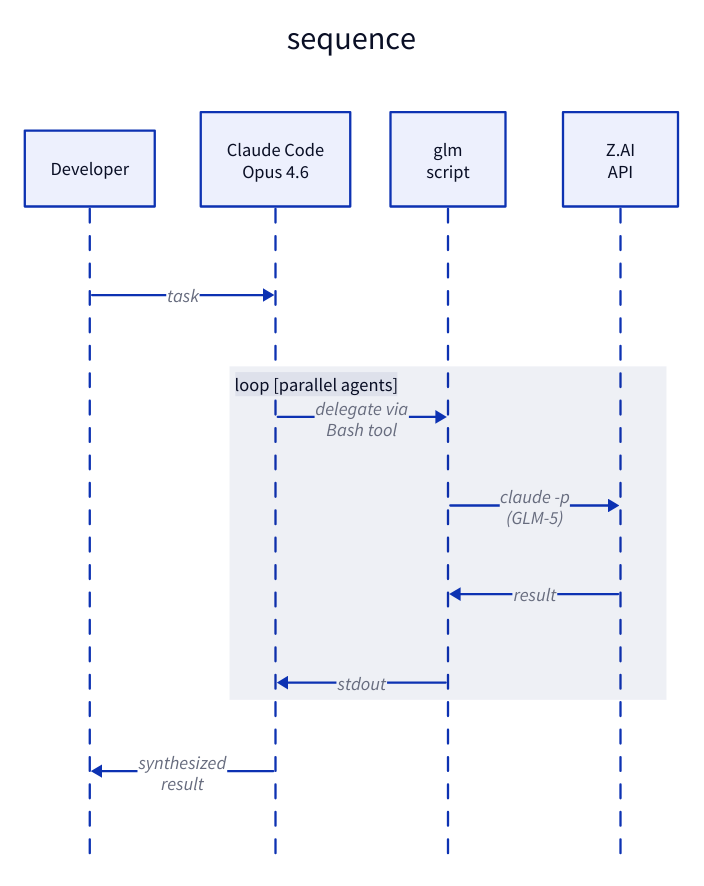
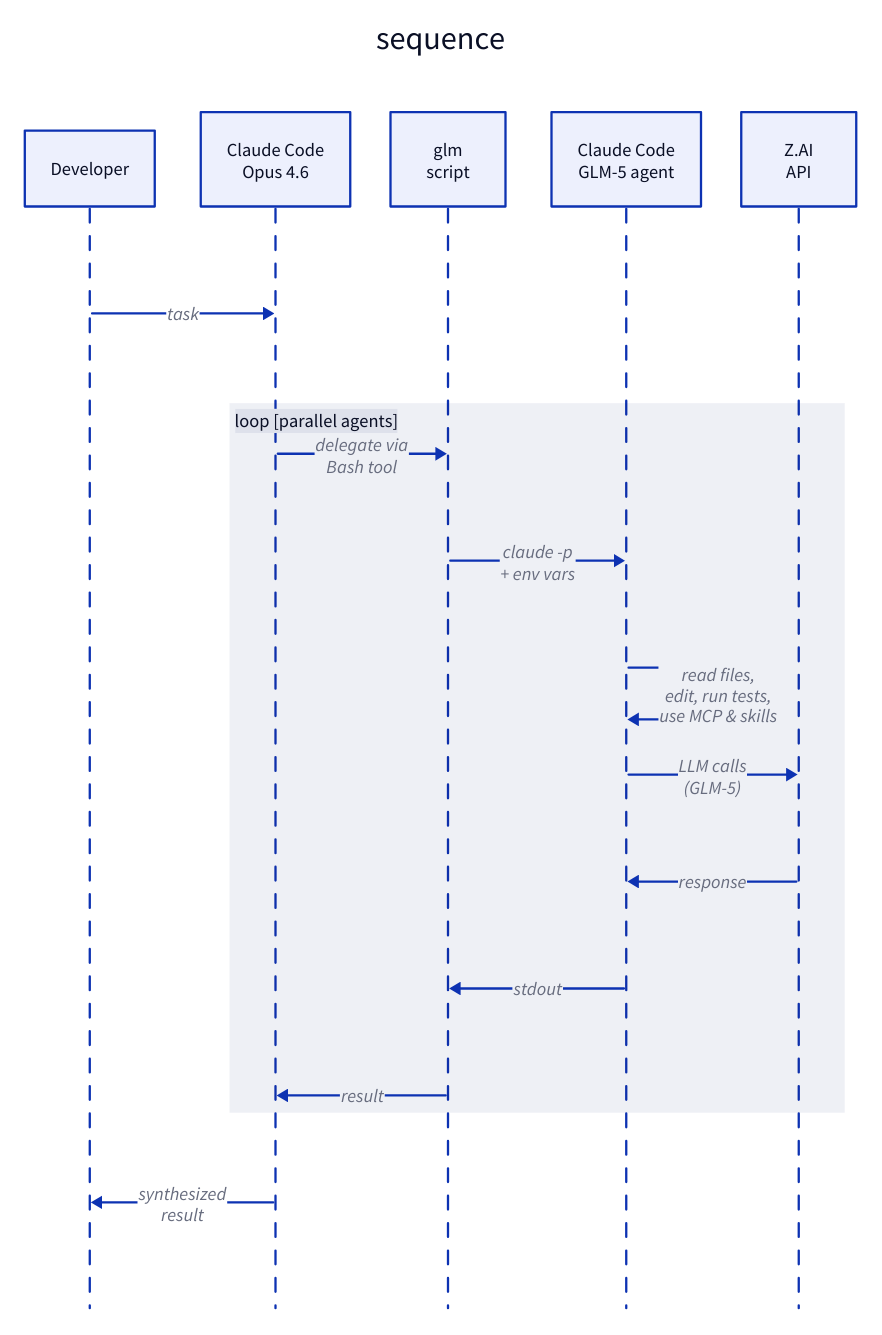
Before and after one commit to veschin/glm-claude-subagent: the diagram in docs/architecture.d2, drawn with D2. The commit also changed 1 other file, not shown here.

Commit message:
Show agent as full Claude Code instance in diagram
Agent reads files, edits code, runs tests, uses MCP & skills —
not just a proxy to Z.AI API.

```diff
--- a/docs/architecture.d2
+++ b/docs/architecture.d2
@@ -1,23 +1,27 @@
 sequence: {
   shape: sequence_diagram
 
   dev_user: Developer
   j_opus: "Claude Code\nOpus 4.6"
   py_glm: "glm\nscript"
+  j_agent: "Claude Code\nGLM-5 agent"
   ex_zai: "Z.AI\nAPI"
 
   # User gives task
   dev_user -> j_opus: task
 
   # Delegation
   delegate: {
     label: "loop [parallel agents]"
     j_opus -> py_glm: "delegate via\nBash tool"
-    py_glm -> ex_zai: "claude -p\n(GLM-5)"
-    ex_zai -> py_glm: result
-    py_glm -> j_opus: stdout
+    py_glm -> j_agent: "claude -p\n+ env vars"
+    j_agent -> j_agent: "read files,\nedit, run tests,\nuse MCP & skills"
+    j_agent -> ex_zai: "LLM calls\n(GLM-5)"
+    ex_zai -> j_agent: response
+    j_agent -> py_glm: stdout
+    py_glm -> j_opus: result
   }
 
   # Synthesize
   j_opus -> dev_user: "synthesized\nresult"
 }
```
